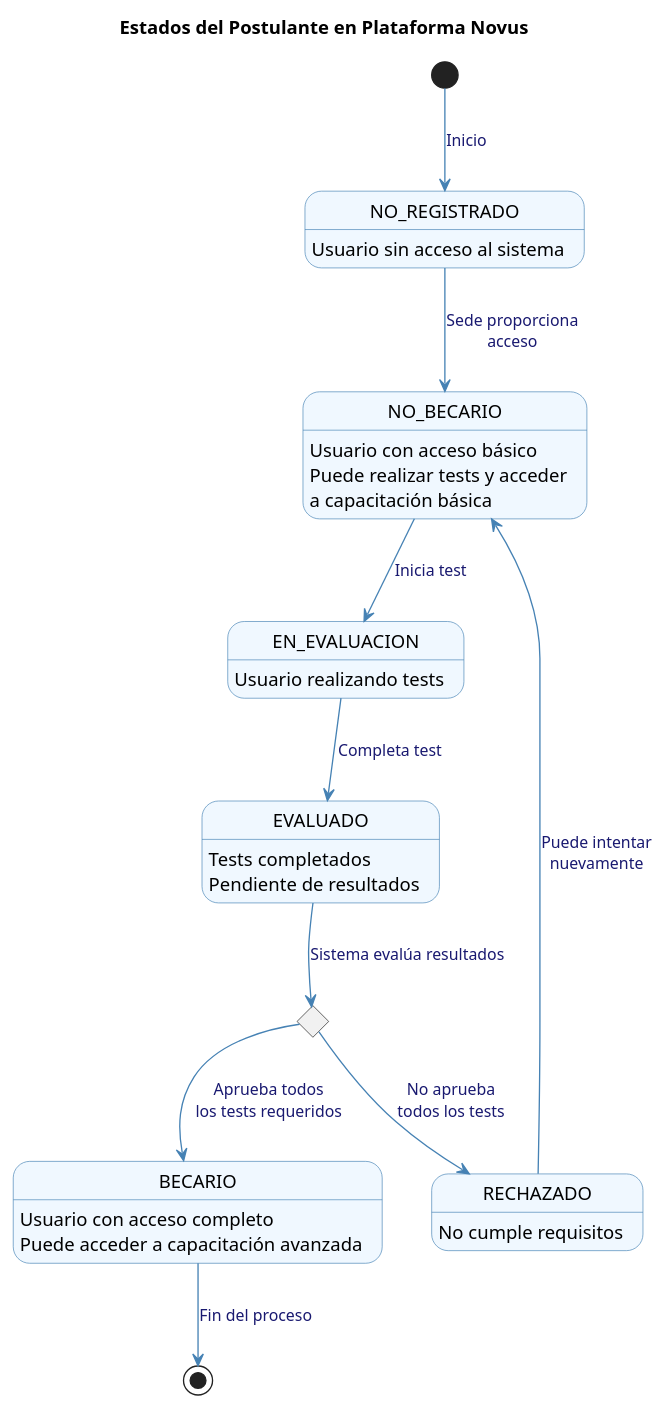
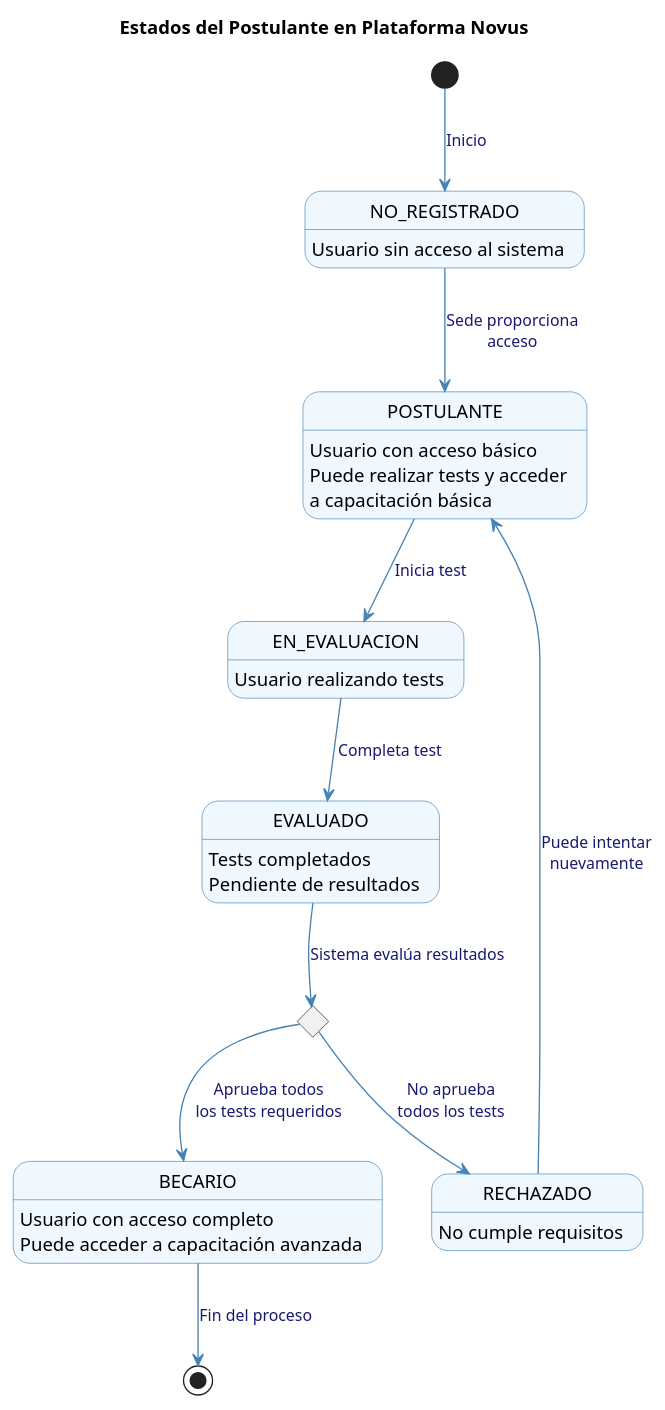
The diagram in modelo_del_dominio/diagramas_de_estados/estados_postulante.puml (Dievex/24-25-IdSw1-SDR), drawn with PlantUML before and after one commit. The commit also changed 3 other files, not shown here.

Commit message:
refactor(state-diagrams): rename NO_BECARIO to POSTULANTE and remove redundant transitions

```diff
--- a/modelo_del_dominio/diagramas_de_estados/estados_postulante.puml
+++ b/modelo_del_dominio/diagramas_de_estados/estados_postulante.puml
@@ -1,38 +1,38 @@
 @startuml Diagrama_de_Estados_Postulante
 skinparam {
     StateFontSize 14
     StateFontColor black
     StateBackgroundColor #f0f8ff
     StateBorderColor #4682b4
     ArrowColor #4682b4
     ArrowFontColor #191970
     ArrowFontSize 12
 }
 
 title Estados del Postulante en Plataforma Novus
 
 [*] --> NO_REGISTRADO : Inicio
 
 state NO_REGISTRADO : Usuario sin acceso al sistema
-state NO_BECARIO : Usuario con acceso básico\nPuede realizar tests y acceder\na capacitación básica
+state POSTULANTE : Usuario con acceso básico\nPuede realizar tests y acceder\na capacitación básica
 state EN_EVALUACION : Usuario realizando tests
 state EVALUADO : Tests completados\nPendiente de resultados
 state BECARIO : Usuario con acceso completo\nPuede acceder a capacitación avanzada
 state RECHAZADO : No cumple requisitos
 
-NO_REGISTRADO --> NO_BECARIO : Sede proporciona\nacceso
+NO_REGISTRADO --> POSTULANTE : Sede proporciona\nacceso
 
-NO_BECARIO --> EN_EVALUACION : Inicia test
+POSTULANTE --> EN_EVALUACION : Inicia test
 
 EN_EVALUACION --> EVALUADO : Completa test
 
 state decision <<choice>>
 EVALUADO --> decision : Sistema evalúa resultados
 decision --> BECARIO : Aprueba todos\nlos tests requeridos
 decision --> RECHAZADO : No aprueba\ntodos los tests
 
-RECHAZADO --> NO_BECARIO : Puede intentar\nnuevamente
+RECHAZADO --> POSTULANTE : Puede intentar\nnuevamente
 
 BECARIO --> [*] : Fin del proceso
 
 @enduml
```
